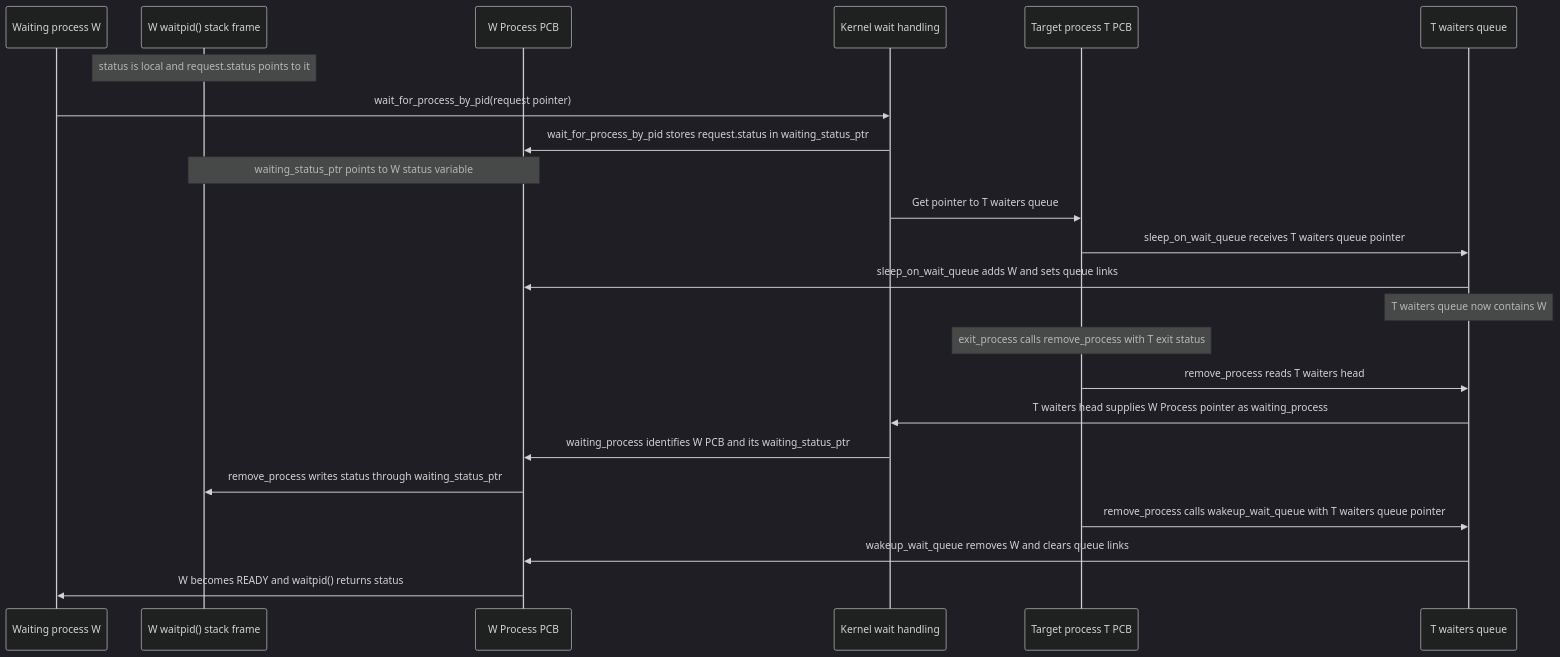
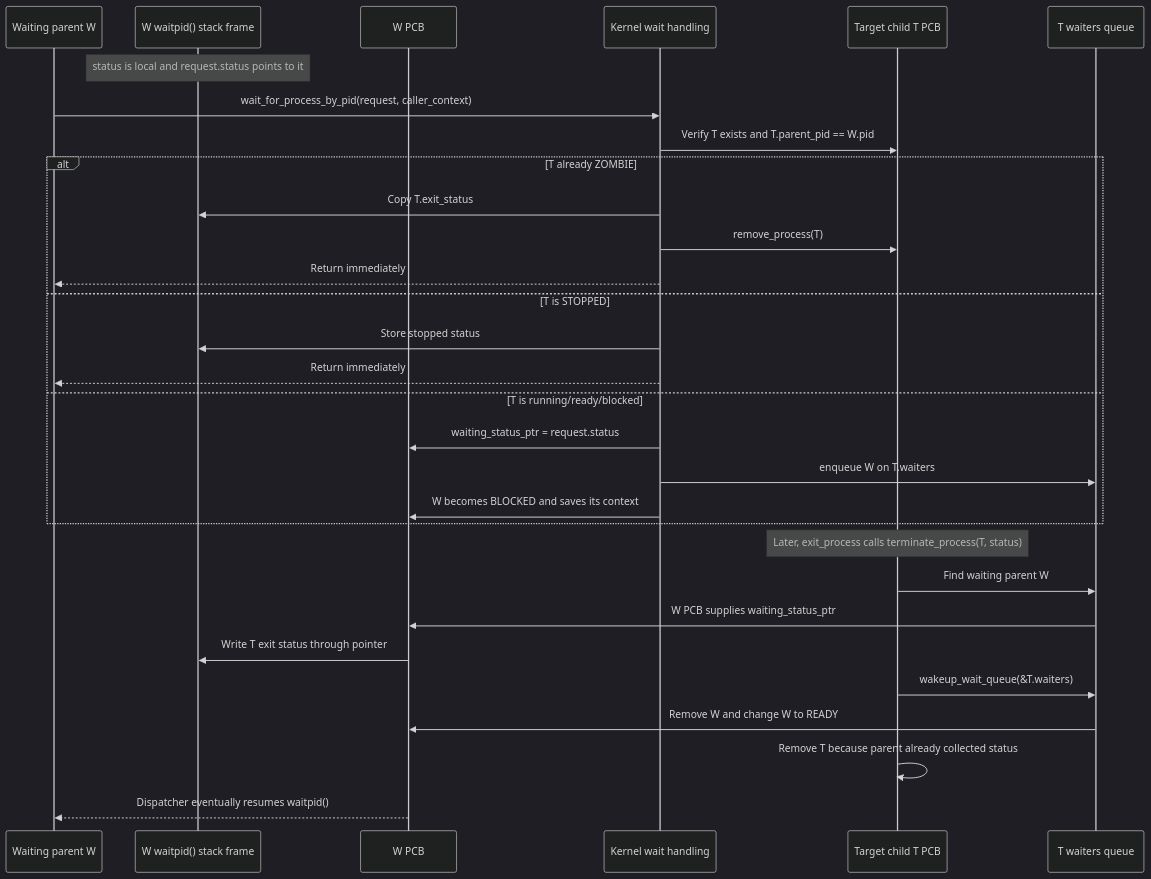
Before and after one commit to matthejue/Pico-OS: the tenth of 15 diagrams in README.md, drawn with Mermaid (dark theme). The commit also changed other lines of this file and 1 other file, not shown here.

Commit message:
expanded README.md into comprehensive PicoOS documentation covering architecture, boot, processes, memory, syscalls, testing, and source references. Documented normal and fast system-test workflows, shell behavior, process lifecycle, shared memory, signals.

````diff
--- a/README.md
+++ b/README.md
@@ -6,27 +974,34 @@
 ```mermaid
 sequenceDiagram
-    participant W as Waiting process W
+    participant W as Waiting parent W
     participant WS as W waitpid() stack frame
-    participant WP as W Process PCB
+    participant WP as W PCB
     participant K as Kernel wait handling
-    participant TP as Target process T PCB
+    participant TP as Target child T PCB
     participant TQ as T waiters queue
 
     Note over WS: status is local and request.status points to it
-    W->>K: wait_for_process_by_pid(request pointer)
-    K->>WP: wait_for_process_by_pid stores request.status in waiting_status_ptr
-    Note over WP,WS: waiting_status_ptr points to W status variable
-    K->>TP: Get pointer to T waiters queue
-    TP->>TQ: sleep_on_wait_queue receives T waiters queue pointer
-    TQ->>WP: sleep_on_wait_queue adds W and sets queue links
-    Note over TQ: T waiters queue now contains W
+    W->>K: wait_for_process_by_pid(request, caller_context)
+    K->>TP: Verify T exists and T.parent_pid == W.pid
+    alt T already ZOMBIE
+        K->>WS: Copy T.exit_status
+        K->>TP: remove_process(T)
+        K-->>W: Return immediately
+    else T is STOPPED
+        K->>WS: Store stopped status
+        K-->>W: Return immediately
+    else T is running/ready/blocked
+        K->>WP: waiting_status_ptr = request.status
+        K->>TQ: enqueue W on T.waiters
+        K->>WP: W becomes BLOCKED and saves its context
+    end
 
-    Note over TP: exit_process calls remove_process with T exit status
-    TP->>TQ: remove_process reads T waiters head
-    TQ->>K: T waiters head supplies W Process pointer as waiting_process
-    K->>WP: waiting_process identifies W PCB and its waiting_status_ptr
-    WP->>WS: remove_process writes status through waiting_status_ptr
-    TP->>TQ: remove_process calls wakeup_wait_queue with T waiters queue pointer
-    TQ->>WP: wakeup_wait_queue removes W and clears queue links
-    WP->>W: W becomes READY and waitpid() returns status
+    Note over TP: Later, exit_process calls terminate_process(T, status)
+    TP->>TQ: Find waiting parent W
+    TQ->>WP: W PCB supplies waiting_status_ptr
+    WP->>WS: Write T exit status through pointer
+    TP->>TQ: wakeup_wait_queue(&T.waiters)
+    TQ->>WP: Remove W and change W to READY
+    TP->>TP: Remove T because parent already collected status
+    WP-->>W: Dispatcher eventually resumes waitpid()
 ```
````
